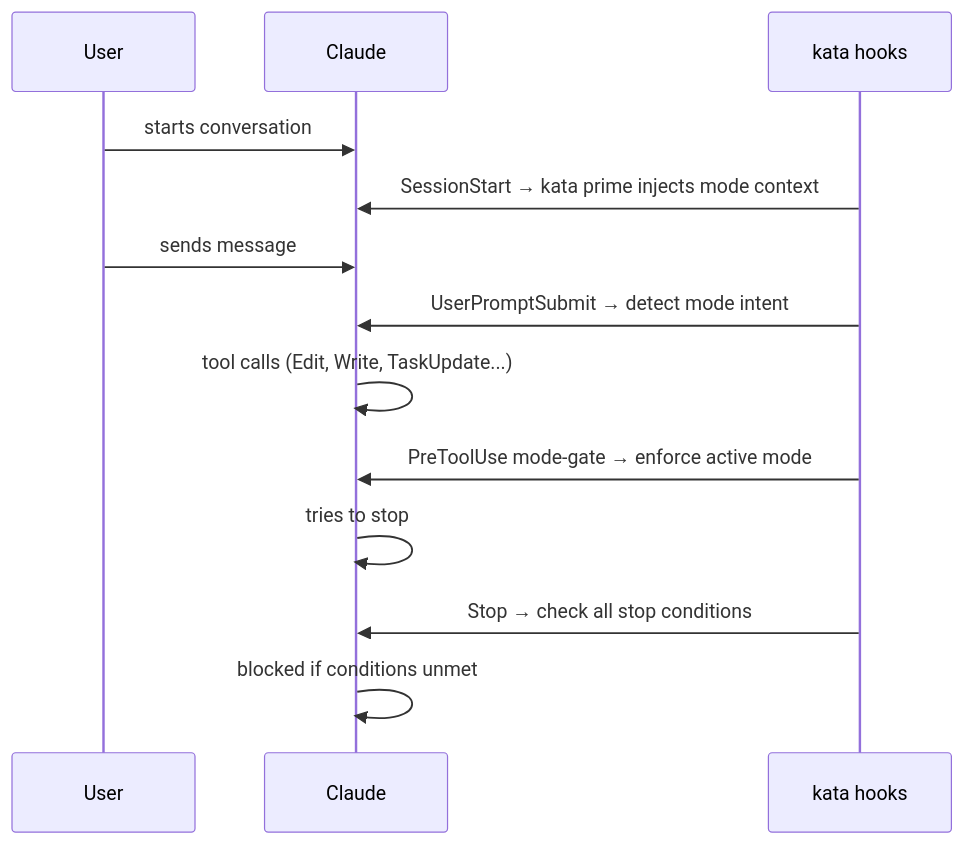
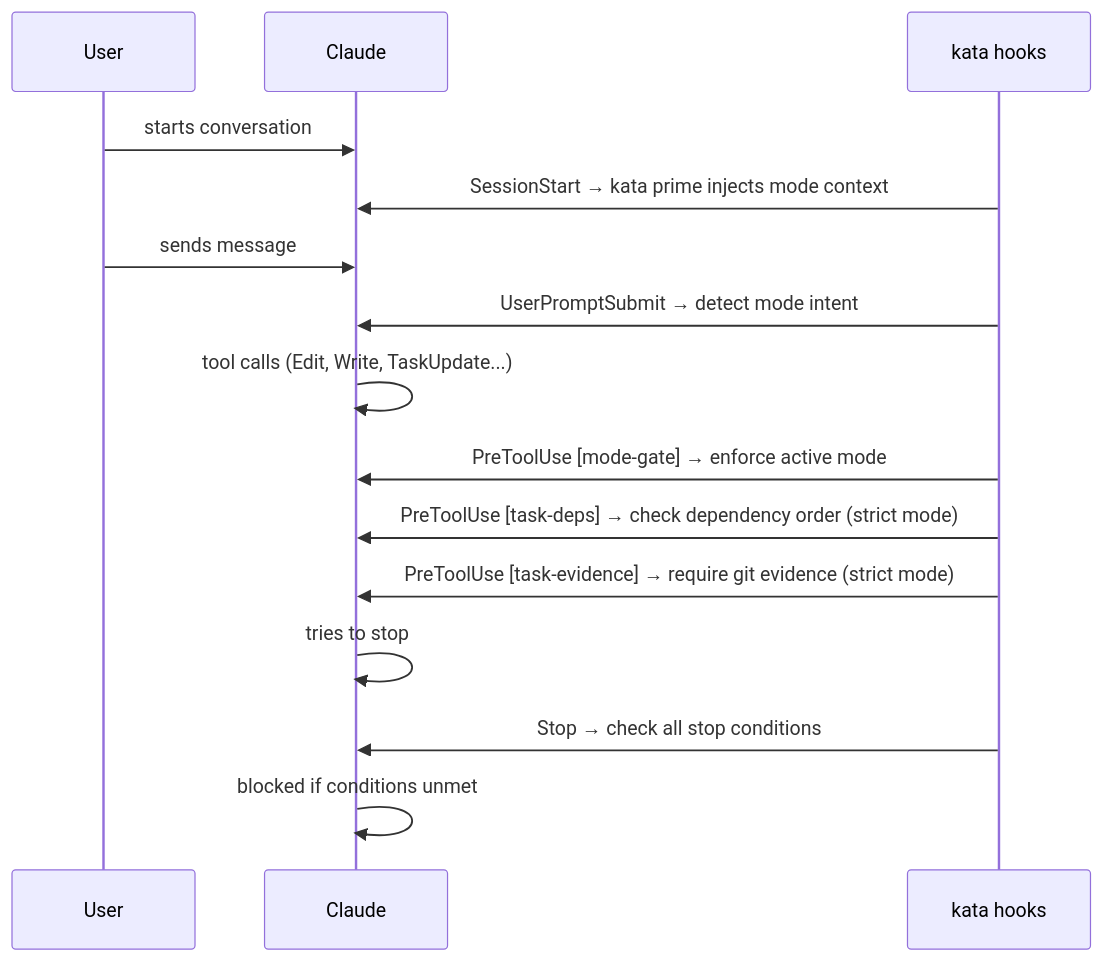
One commit to codevibesmatter/kata changed the third of 3 diagrams in README.md. Above: the diagram before and after it, drawn with Mermaid.

Commit message:
docs(readme): fix P2.3 hook chain diagram — add task-deps and task-evidence PreToolUse hooks
Implements #32

````diff
--- a/README.md
+++ b/README.md
@@ -241,16 +241,18 @@
 ```mermaid
 sequenceDiagram
     participant U as User
     participant C as Claude
     participant K as kata hooks
 
     U->>C: starts conversation
     K->>C: SessionStart → kata prime injects mode context
     U->>C: sends message
     K->>C: UserPromptSubmit → detect mode intent
     C->>C: tool calls (Edit, Write, TaskUpdate...)
-    K->>C: PreToolUse mode-gate → enforce active mode
+    K->>C: PreToolUse [mode-gate] → enforce active mode
+    K->>C: PreToolUse [task-deps] → check dependency order (strict mode)
+    K->>C: PreToolUse [task-evidence] → require git evidence (strict mode)
     C->>C: tries to stop
     K->>C: Stop → check all stop conditions
     C->>C: blocked if conditions unmet
 ```
````
